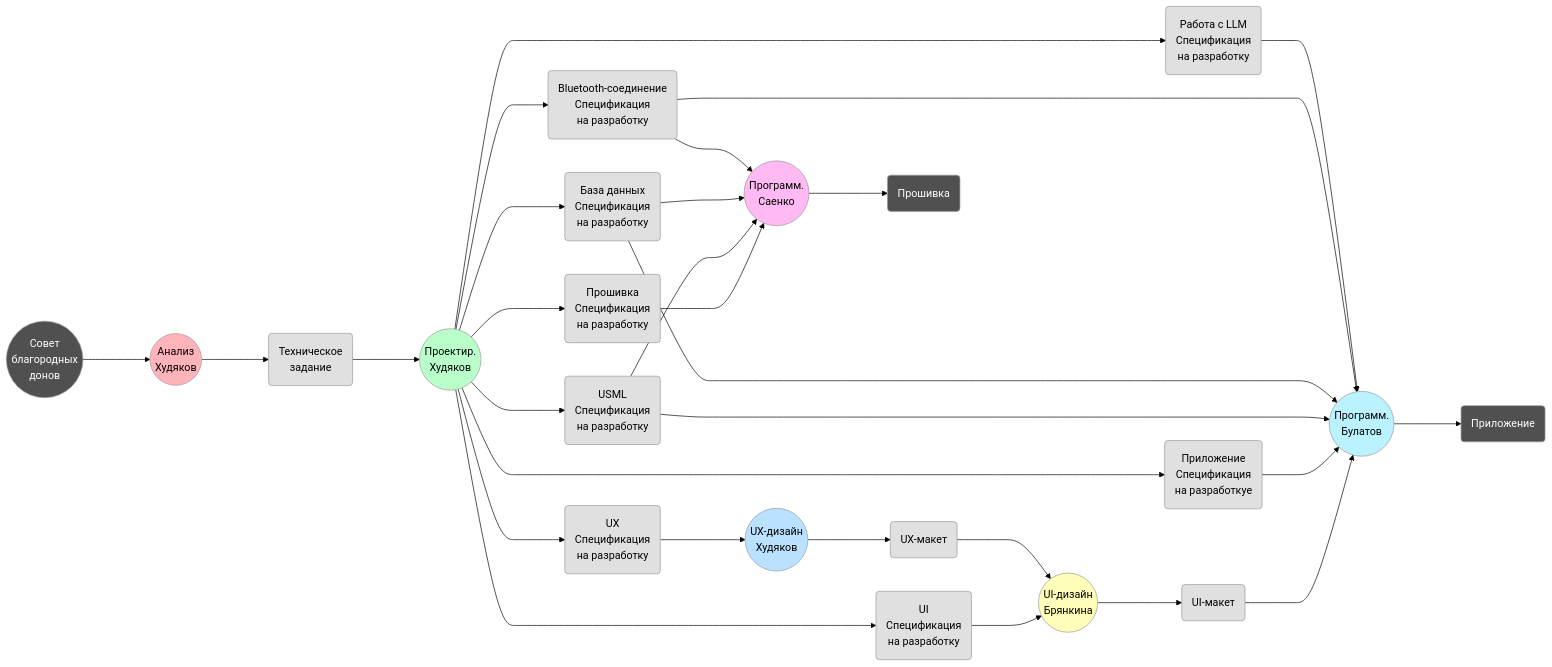
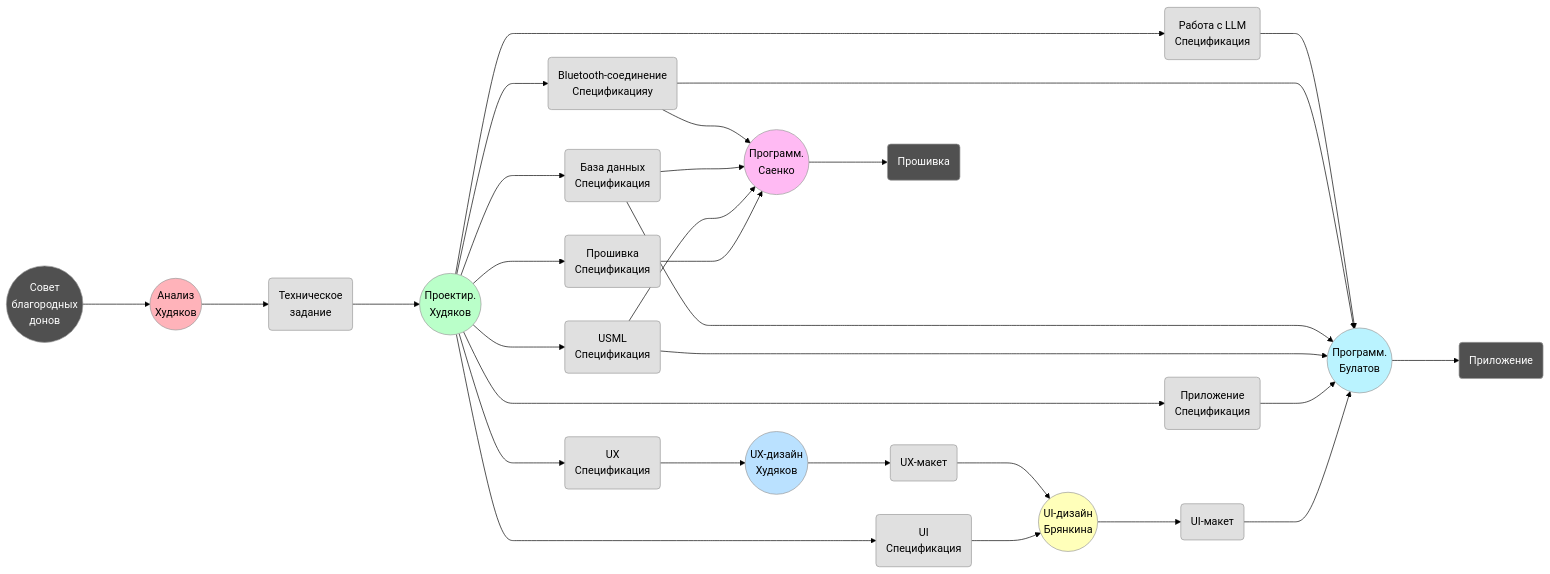
Before and after one commit to KhudyakovAlex/Synapse: the diagram in Project/process.md, drawn with Mermaid (forest theme). The commit also changed 18 other files, not shown here.

Commit message:
обавлена ссылка на документ деи в раздел Техническое задание, обновлена диаграмма процесса

```diff
--- a/Project/process.md
+++ b/Project/process.md
@@ -10,14 +10,14 @@
     
     PRO((Проектир.<br>Худяков))
     
-    DSUI(UI<br>Спецификация<br>на разработку)
-    DSUX(UX<br>Спецификация<br>на разработку)
-    DSAPP(Приложение<br>Спецификация<br>на разработкуе)
-    DSDB(База данных<br>Спецификация<br>на разработку)
-    DSP(USML<br>Спецификация<br>на разработку)
-    DSB(Bluetooth-соединение<br>Спецификация<br>на разработку)
-    DSLLM(Работа с LLM<br>Спецификация<br>на разработку)
-    DSFW(Прошивка<br>Спецификация<br>на разработку)
+    DSUI(UI<br>Спецификация)
+    DSUX(UX<br>Спецификация)
+    DSAPP(Приложение<br>Спецификация)
+    DSDB(База данных<br>Спецификация)
+    DSP(USML<br>Спецификация)
+    DSB(Bluetooth-соединение<br>Спецификацияу)
+    DSLLM(Работа с LLM<br>Спецификация)
+    DSFW(Прошивка<br>Спецификация)
     
     
 
```
